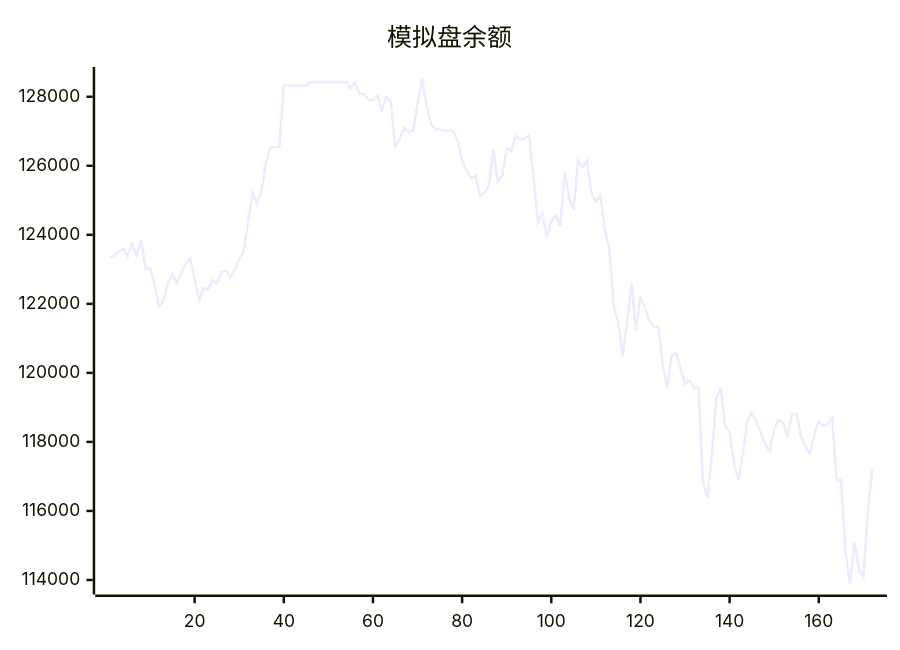
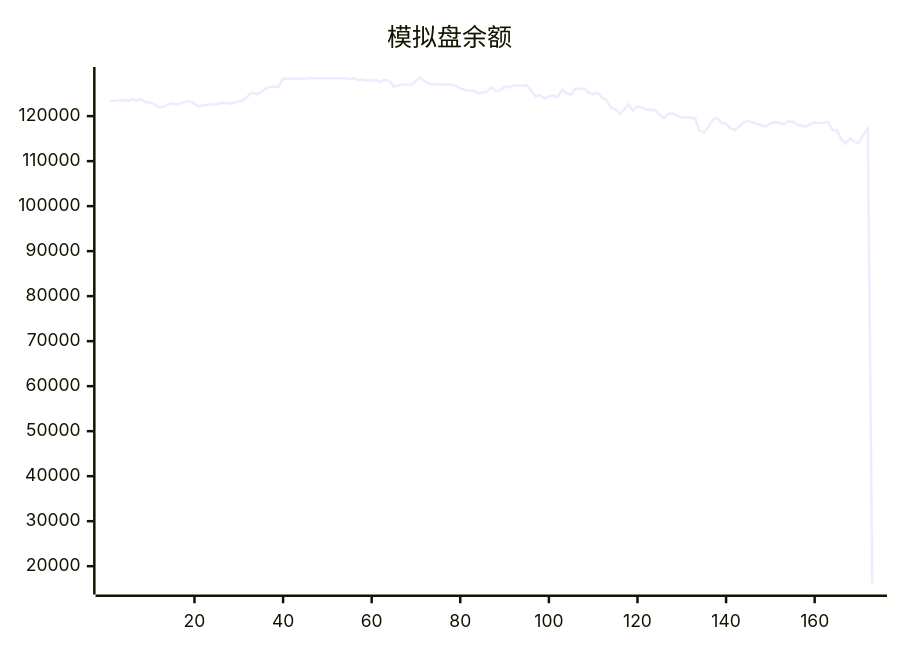
Before and after one commit to aahl/ai-trading: the diagram in README.md, drawn with Mermaid. The commit also changed other lines of this file and 3 other files, not shown here.

````diff
--- a/README.md
+++ b/README.md
@@ -5,5 +5,5 @@
 ```mermaid
 xychart
     title "模拟盘余额"
-    line [123338,123402,123530,123592,123378,123745,123413,123853,123009,123040,122557,121938,122095,122599,122856,122597,122898,123160,123319,122719,122087,122454,122416,122685,122592,122907,122961,122776,122981,123295,123507,124403,125224,124894,125303,126088,126544,126534,126549,128335,128318,128318,128318,128318,128318,128424,128424,128424,128424,128424,128424,128424,128424,128424,128247,128412,128062,128087,127917,127901,128026,127611,128000,127850,126572,126770,127100,126971,127029,127783,128554,127765,127224,127064,127044,127009,127025,127004,126738,126152,125871,125635,125707,125117,125217,125420,126480,125545,125715,126511,126424,126856,126764,126788,126890,125710,124381,124632,123936,124402,124574,124256,125833,125070,124739,126154,125966,126145,125213,124943,125143,124157,123604,121959,121476,120476,121470,122610,121201,122221,121889,121522,121332,121344,120232,119559,120513,120577,120108,119680,119777,119572,119568,116839,116392,117573,119250,119585,118469,118277,117338,116897,117706,118628,118849,118579,118280,117926,117735,118373,118639,118544,118136,118798,118819,118162,117874,117649,118215,118601,118463,118517,118713,116911,116899,114798,113887,115084,114313,114091,115934,117221]
+    line [123338,123402,123530,123592,123378,123745,123413,123853,123009,123040,122557,121938,122095,122599,122856,122597,122898,123160,123319,122719,122087,122454,122416,122685,122592,122907,122961,122776,122981,123295,123507,124403,125224,124894,125303,126088,126544,126534,126549,128335,128318,128318,128318,128318,128318,128424,128424,128424,128424,128424,128424,128424,128424,128424,128247,128412,128062,128087,127917,127901,128026,127611,128000,127850,126572,126770,127100,126971,127029,127783,128554,127765,127224,127064,127044,127009,127025,127004,126738,126152,125871,125635,125707,125117,125217,125420,126480,125545,125715,126511,126424,126856,126764,126788,126890,125710,124381,124632,123936,124402,124574,124256,125833,125070,124739,126154,125966,126145,125213,124943,125143,124157,123604,121959,121476,120476,121470,122610,121201,122221,121889,121522,121332,121344,120232,119559,120513,120577,120108,119680,119777,119572,119568,116839,116392,117573,119250,119585,118469,118277,117338,116897,117706,118628,118849,118579,118280,117926,117735,118373,118639,118544,118136,118798,118819,118162,117874,117649,118215,118601,118463,118517,118713,116911,116899,114798,113887,115084,114313,114091,115934,117221,16072]
 ```
````
